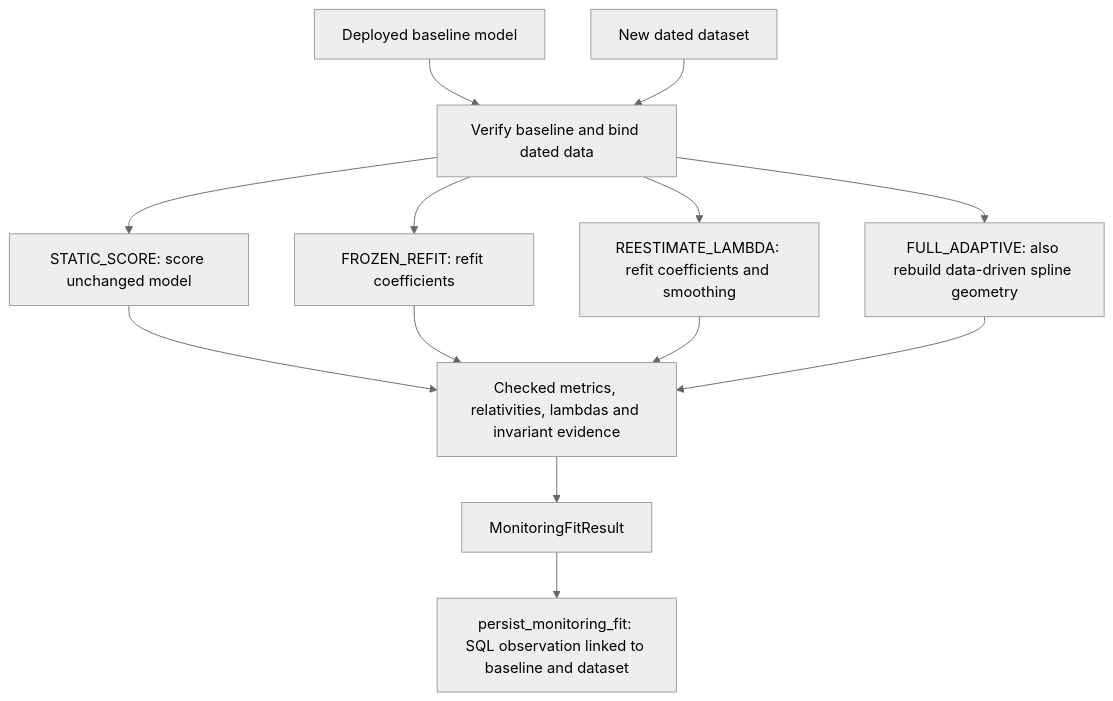
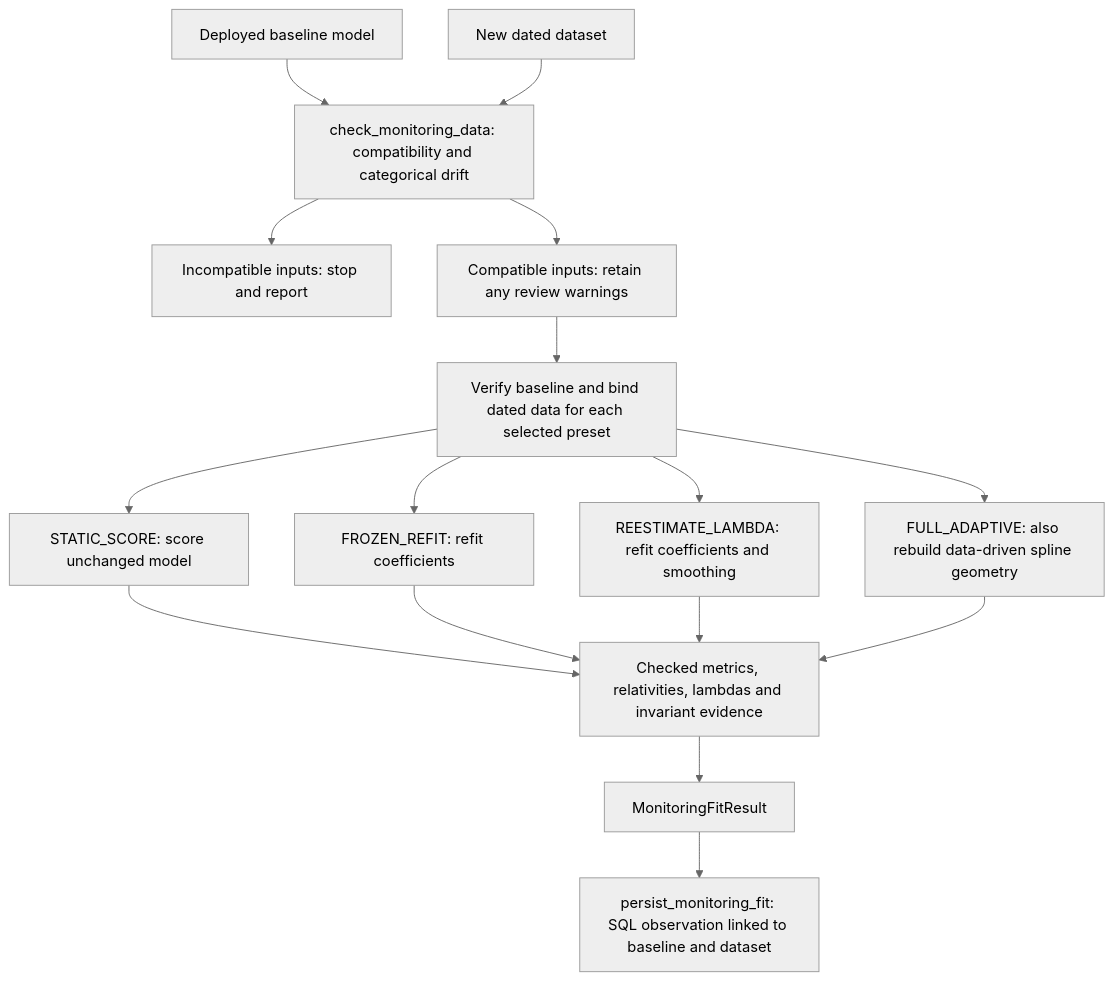
Before and after one commit to StrudelDoodleS/superglm-pricing-pipeline: the second of 2 diagrams in docs/package-flows.md, drawn with Mermaid (neutral theme). The commit also changed other lines of this file and 11 other files, not shown here.

Commit message:
Check monitoring inputs and categorical drift before refits

````diff
--- a/docs/package-flows.md
+++ b/docs/package-flows.md
@@ -138,15 +145,18 @@
 ```mermaid
 flowchart TD
-    B["Deployed baseline model"] --> V["Verify baseline and bind dated data"]
-    D["New dated dataset"] --> V
+    B["Deployed baseline model"] --> C["check_monitoring_data: compatibility and categorical drift"]
+    D["New dated dataset"] --> C
+    C --> Q["Incompatible inputs: stop and report"]
+    C --> W["Compatible inputs: retain any review warnings"]
+    W --> V["Verify baseline and bind dated data for each selected preset"]
     V --> S["STATIC_SCORE: score unchanged model"]
     V --> F["FROZEN_REFIT: refit coefficients"]
     V --> L["REESTIMATE_LAMBDA: refit coefficients and smoothing"]
     V --> A["FULL_ADAPTIVE: also rebuild data-driven spline geometry"]
     S --> E["Checked metrics, relativities, lambdas and invariant evidence"]
     F --> E
     L --> E
     A --> E
     E --> R["MonitoringFitResult"]
     R --> P["persist_monitoring_fit: SQL observation linked to baseline and dataset"]
 ```
````
